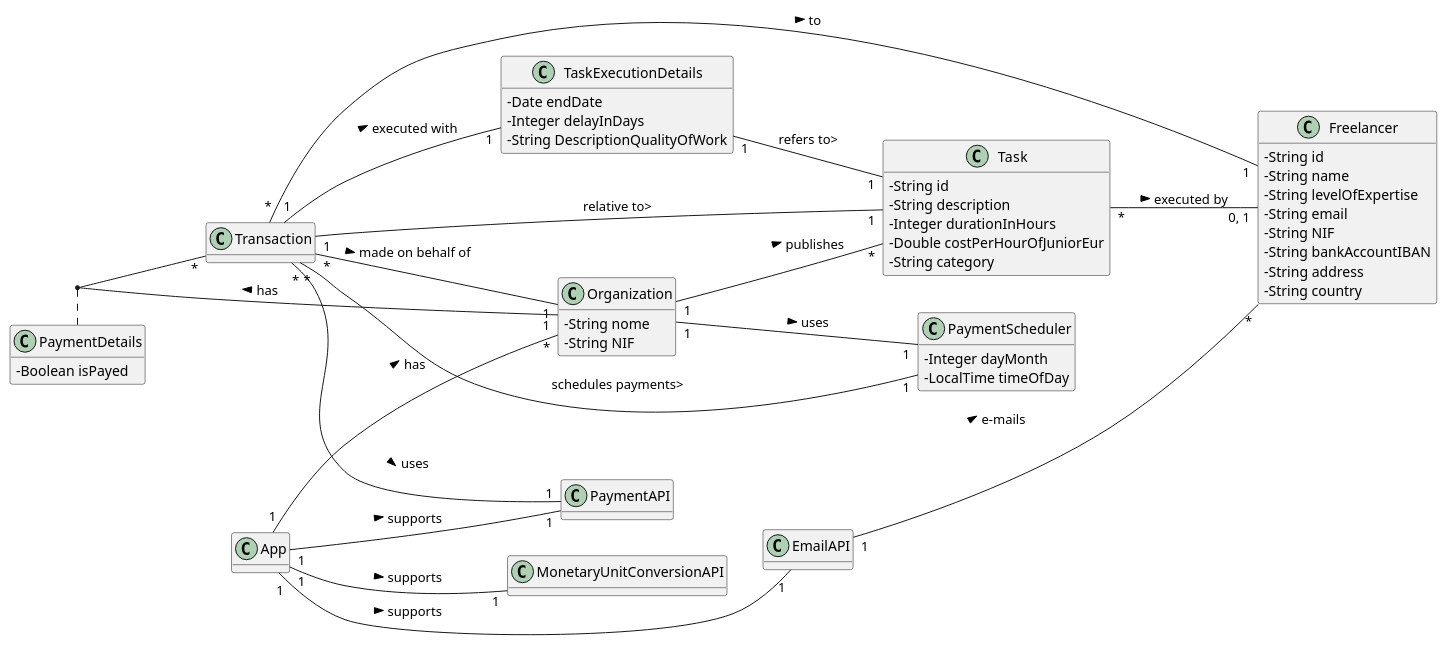
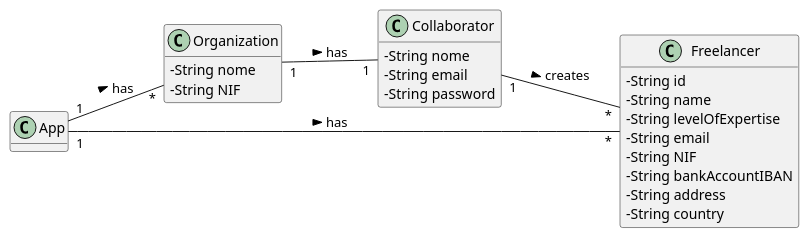
The diagram in docs/UC_03/MD.puml (botelho-io/lapr2-2020-g029), drawn with PlantUML before and after one commit. The commit also changed 21 other files, not shown here.

```diff
--- a/docs/UC_03/MD.puml
+++ b/docs/UC_03/MD.puml
@@ -1,73 +1,38 @@
 @startuml MD
 
 skinparam classAttributeIconSize 0
 hide methods
 left to right direction
 
-class Transaction {
+class App {
 
-}
-
-class PaymentScheduler {
-        - Integer dayMonth
-        - LocalTime timeOfDay
 }
 
 class Organization {
         - String nome
         - String NIF
 }
 
-class TaskExecutionDetails {
-        - Date endDate
-        - Integer delayInDays
-        - String DescriptionQualityOfWork
-}
-
-class App {
-
+class Collaborator {
+        - String nome
+        - String email
+        - String password
 }
 
 class Freelancer {
         - String id
         - String name
         - String levelOfExpertise
         - String email
         - String NIF
         - String bankAccountIBAN
         - String address
         - String country
 }
 
-class Task {
-        - String id
-        - String description
-        - Integer durationInHours
-        - Double costPerHourOfJuniorEur
-        - String category
-}
-
-class PaymentDetails {
-        - Boolean isPayed
-}
-
-Transaction                  "1" -- "1"      Task                      : relative to>
-Transaction                  "*" -- "1"      Freelancer                : to >
-Transaction                  "*" -- "1"      PaymentAPI                : uses >
-Transaction                  "*" -- "1"      Organization              : made on behalf of >
-Transaction                  "1" -- "1"      TaskExecutionDetails      : executed with >
-TaskExecutionDetails         "1" -- "1"      Task                      : refers to>
-PaymentScheduler             "1" -- "*"      Transaction               : schedules payments>
-Organization                 "1" -- "1"      PaymentScheduler          : uses >
-Organization                 "1" -- "*"      Task                      : publishes >
-Organization                 "1" -- "*"      Transaction               : has >
-Task                         "*" -- "0, 1"   Freelancer                : executed by >
-App                          "1" -- "1"      MonetaryUnitConversionAPI : supports >
+Collaborator                 "1" -- "*"      Freelancer                : creates >
+Organization                 "1" -- "1"      Collaborator              : has >
 App                          "1" -- "*"      Organization              : has >
-App                          "1" -- "1"      EmailAPI                  : supports >
-App                          "1" -- "1"      PaymentAPI                : supports >
-EmailAPI                     "1" -- "*"      Freelancer                : e-mails >
-(Organization, Transaction)      ..          PaymentDetails
-
+App                          "1" -- "*"      Freelancer                : has >
 
 @enduml
```
